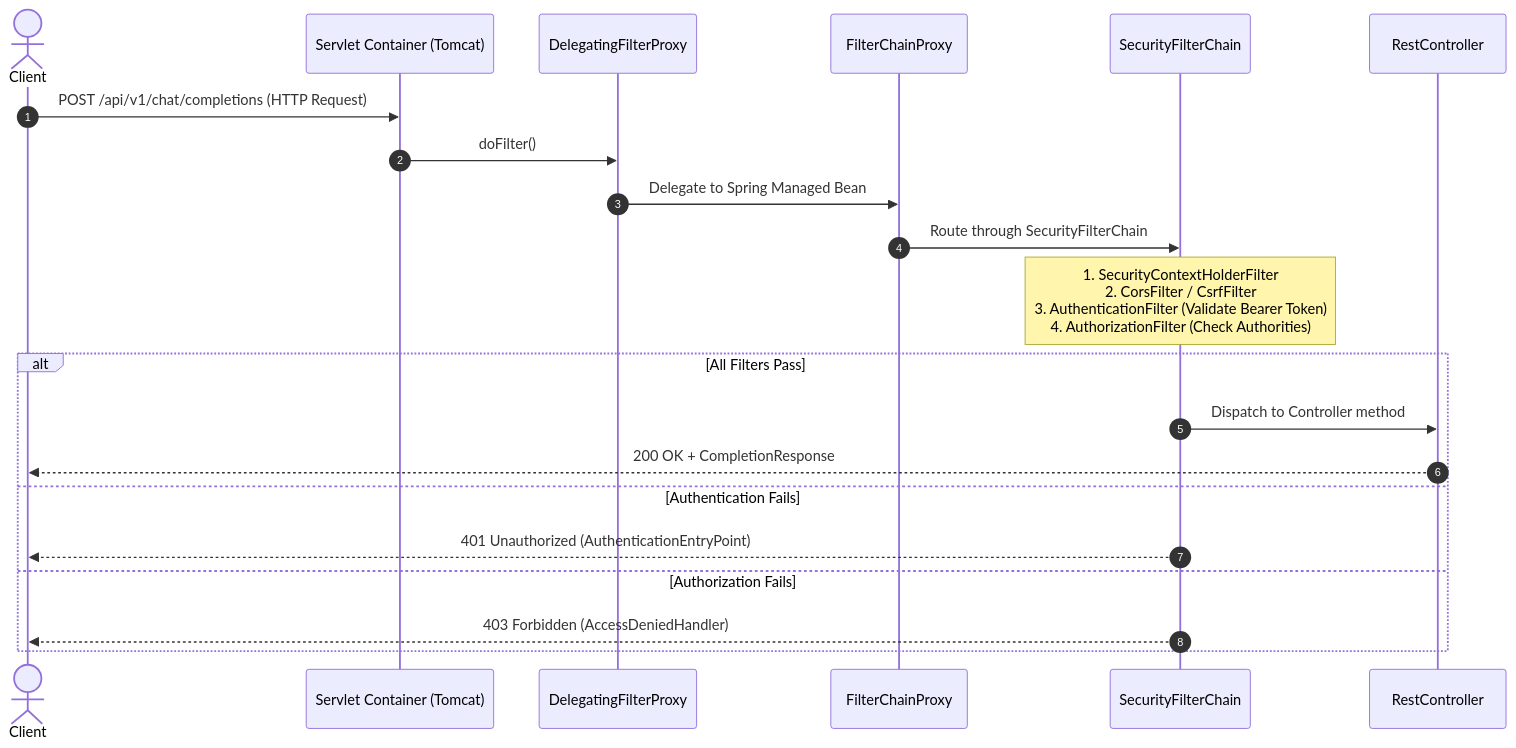
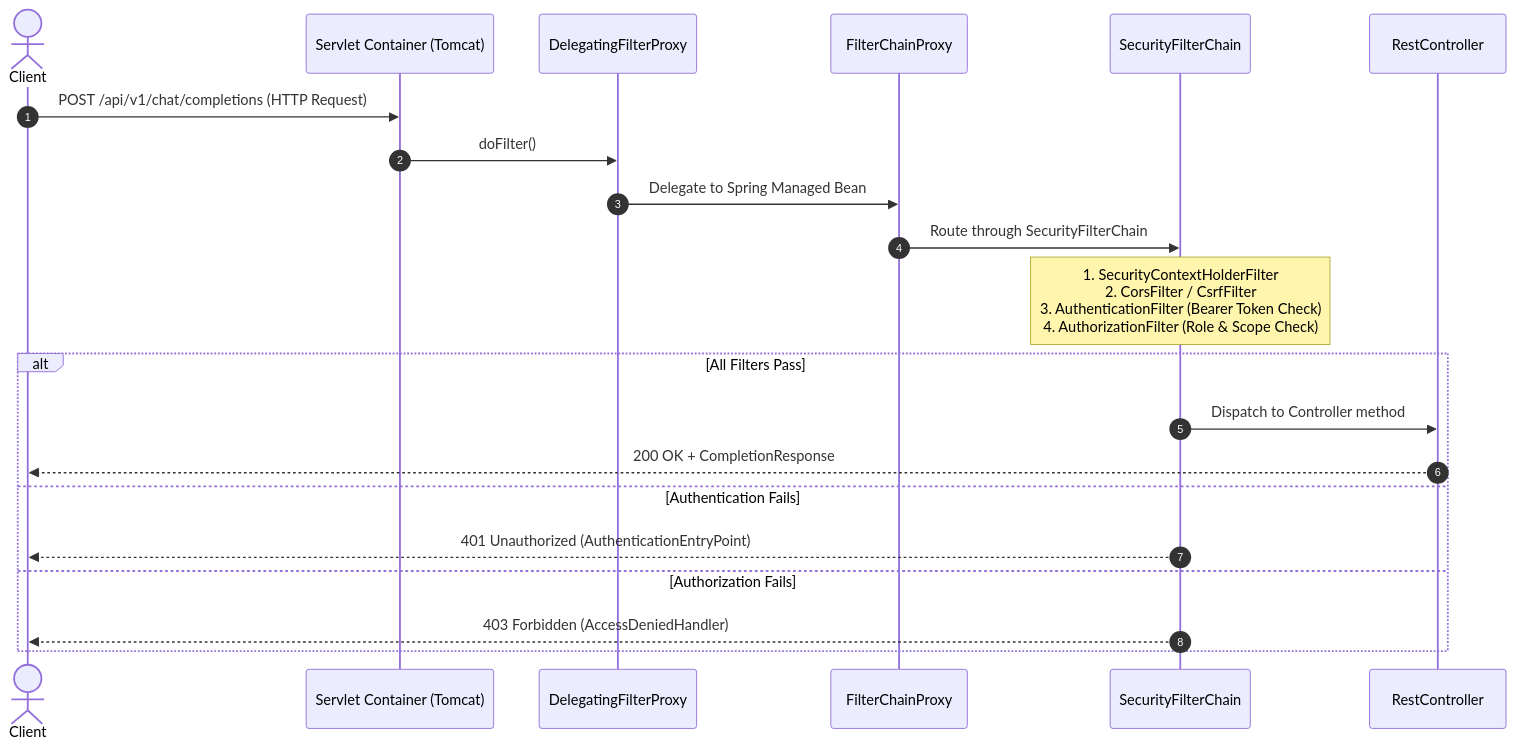
The diagram in Phase_05_Spring_Security/Day_27_Security_Fundamentals_Architecture/Day_27_Security_Fundamentals_Architecture.md (SrinuRenangi/Gen-AI-Java), drawn with Mermaid before and after one commit. The commit also changed other lines of this file and 4 other files, not shown here.

````diff
--- a/Phase_05_Spring_Security/Day_27_Security_Fundamentals_Architecture/Day_27_Security_Fundamentals_Architecture.md
+++ b/Phase_05_Spring_Security/Day_27_Security_Fundamentals_Architecture/Day_27_Security_Fundamentals_Architecture.md
@@ -131,26 +132,26 @@
 ```mermaid
 sequenceDiagram
     autonumber
     actor Client
     participant SC as Servlet Container (Tomcat)
     participant DFP as DelegatingFilterProxy
     participant FCP as FilterChainProxy
     participant SFC as SecurityFilterChain
     participant CTL as RestController
 
     Client->>SC: POST /api/v1/chat/completions (HTTP Request)
     SC->>DFP: doFilter()
     DFP->>FCP: Delegate to Spring Managed Bean
     FCP->>SFC: Route through SecurityFilterChain
     
-    Note over SFC: 1. SecurityContextHolderFilter<br/>2. CorsFilter / CsrfFilter<br/>3. AuthenticationFilter (Validate Bearer Token)<br/>4. AuthorizationFilter (Check Authorities)
+    Note over SFC: 1. SecurityContextHolderFilter<br/>2. CorsFilter / CsrfFilter<br/>3. AuthenticationFilter (Bearer Token Check)<br/>4. AuthorizationFilter (Role & Scope Check)
     
     alt All Filters Pass
         SFC->>CTL: Dispatch to Controller method
         CTL-->>Client: 200 OK + CompletionResponse
     else Authentication Fails
         SFC-->>Client: 401 Unauthorized (AuthenticationEntryPoint)
     else Authorization Fails
         SFC-->>Client: 403 Forbidden (AccessDeniedHandler)
     end
 ```
````
